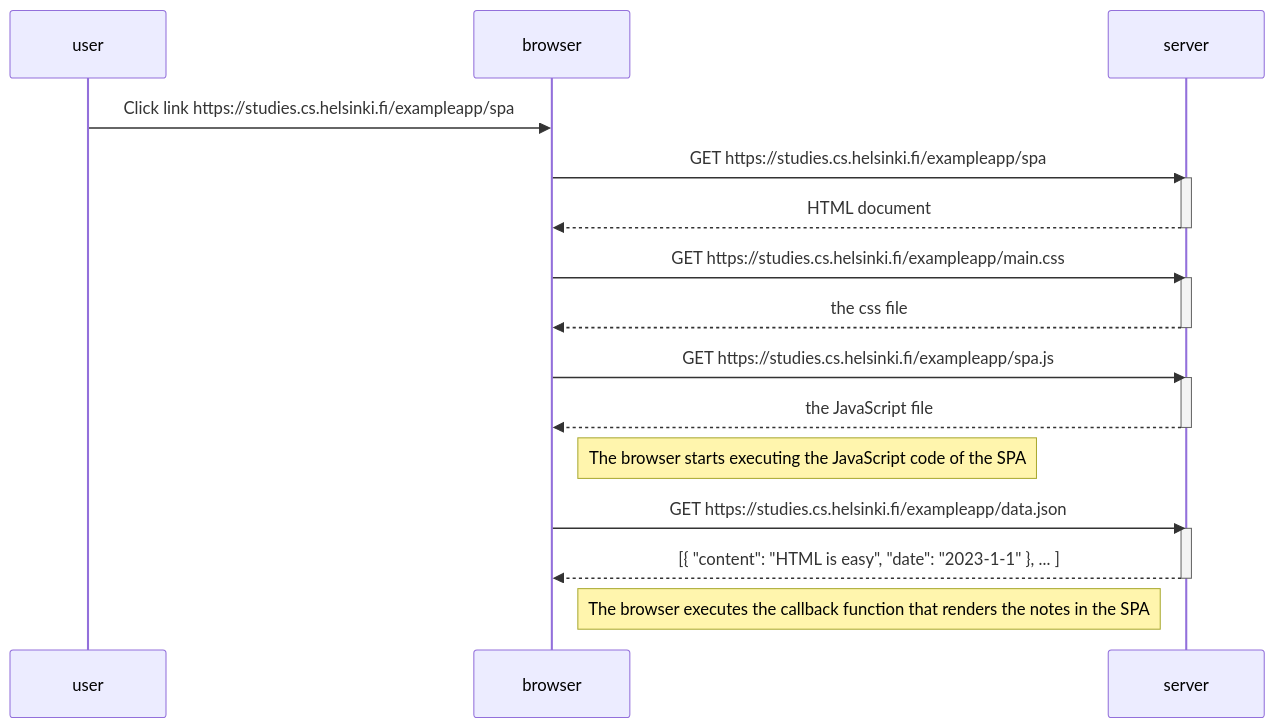
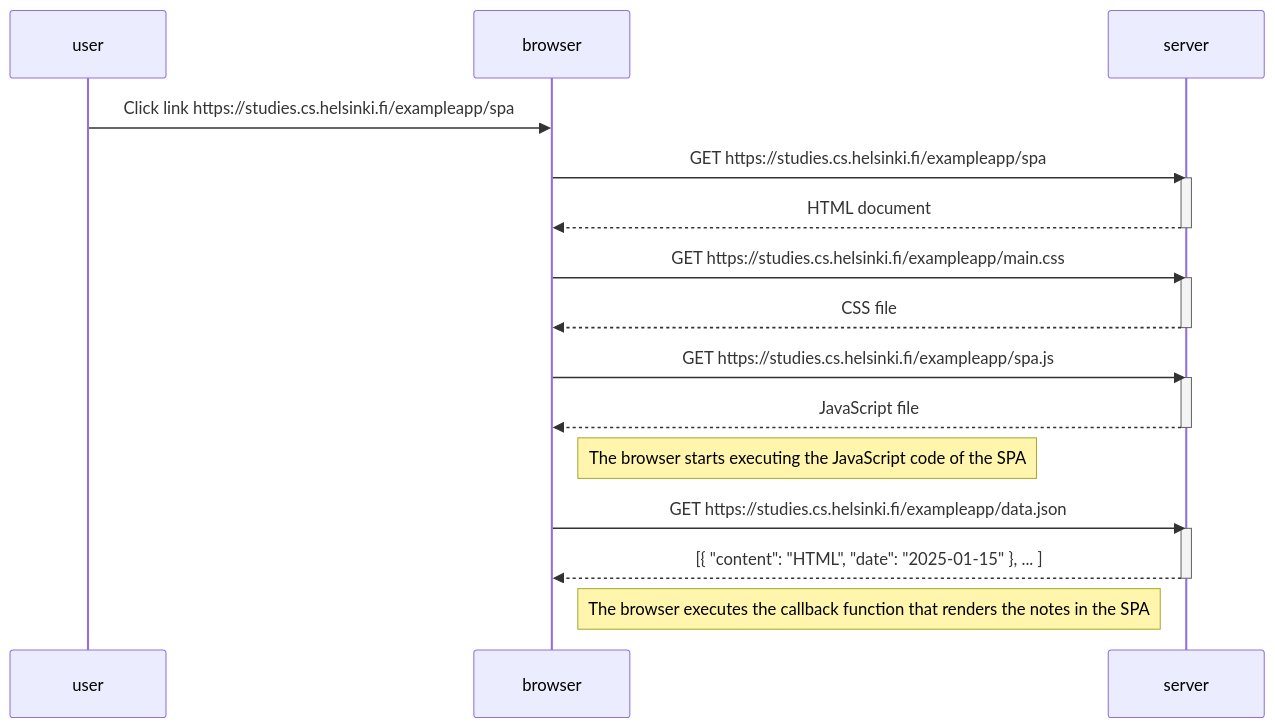
The diagram in part0/05.md (Adithya-009/Full_Stack), drawn with Mermaid before and after one commit.

````diff
--- a/part0/05.md
+++ b/part0/05.md
@@ -1,32 +1,32 @@
 ```mermaid
 sequenceDiagram
     participant user
     participant browser
     participant server
 
     user->>browser: Click link https://studies.cs.helsinki.fi/exampleapp/spa
     browser->>server: GET https://studies.cs.helsinki.fi/exampleapp/spa
     activate server
     server-->>browser: HTML document
     deactivate server
 
     browser->>server: GET https://studies.cs.helsinki.fi/exampleapp/main.css
     activate server
-    server-->>browser: the css file
+    server-->>browser: CSS file
     deactivate server
 
     browser->>server: GET https://studies.cs.helsinki.fi/exampleapp/spa.js
     activate server
-    server-->>browser: the JavaScript file
+    server-->>browser: JavaScript file
     deactivate server
 
     Note right of browser: The browser starts executing the JavaScript code of the SPA
 
     browser->>server: GET https://studies.cs.helsinki.fi/exampleapp/data.json
     activate server
-    server-->>browser: [{ "content": "HTML is easy", "date": "2023-1-1" }, ... ]
+    server-->>browser: [{ "content": "HTML", "date": "2025-01-15" }, ... ]
     deactivate server
 
     Note right of browser: The browser executes the callback function that renders the notes in the SPA
 
 ```
````
